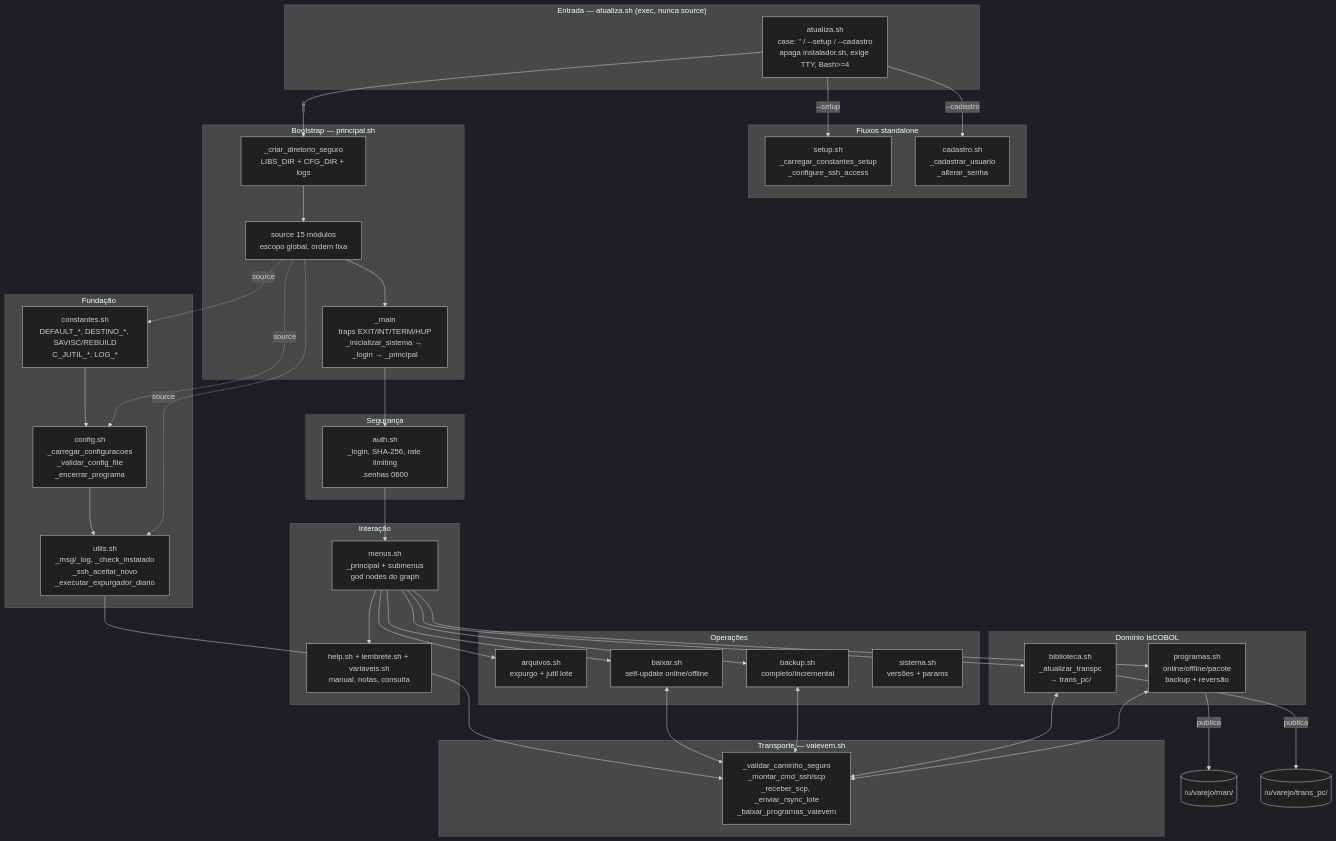
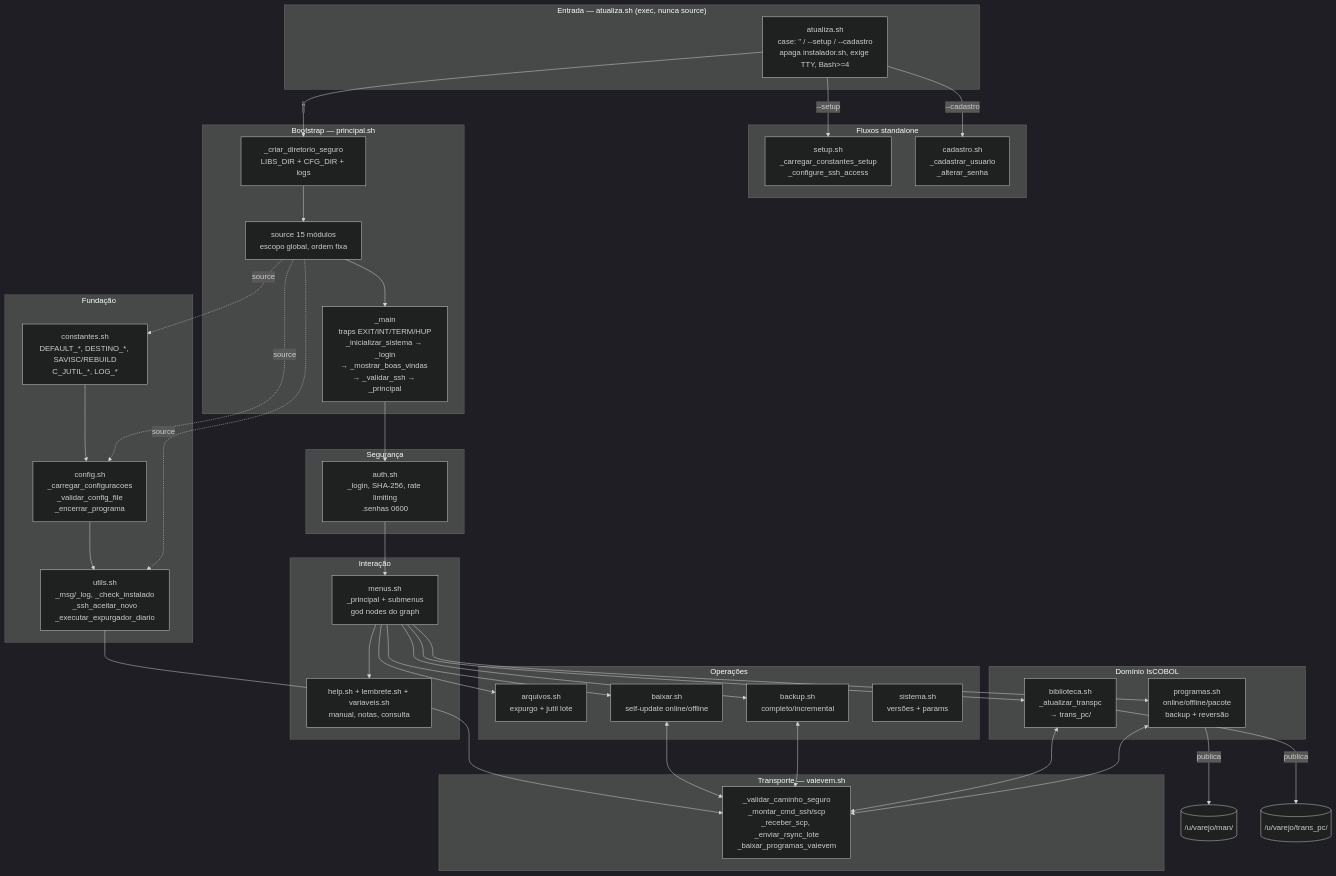
The diagram in ARCHITECTURE.md (Luizaugusto1962/Atualiza), drawn with Mermaid (dark theme) before and after one commit. The commit also changed other lines of this file and 2 other files, not shown here.

Commit message:
fix: atualiza a versão do sistema e reorganiza a sequência de login para incluir tela de boas-vindas

````diff
--- a/ARCHITECTURE.md
+++ b/ARCHITECTURE.md
@@ -93,65 +94,65 @@
 ```mermaid
 flowchart TB
     subgraph Entry["Entrada — atualiza.sh (exec, nunca source)"]
         A[atualiza.sh<br/>case: '' / --setup / --cadastro<br/>apaga instalador.sh, exige TTY, Bash>=4]
     end
 
     subgraph Standalone["Fluxos standalone"]
         S[setup.sh<br/>_carregar_constantes_setup<br/>_configure_ssh_access]
         C[cadastro.sh<br/>_cadastrar_usuario<br/>_alterar_senha]
     end
 
     subgraph Bootstrap["Bootstrap — principal.sh"]
         P1[_criar_diretorio_seguro<br/>LIBS_DIR + CFG_DIR + logs]
         P2[source 15 módulos<br/>escopo global, ordem fixa]
-        P3[_main<br/>traps EXIT/INT/TERM/HUP<br/>_inicializar_sistema → _login → _principal]
+        P3[_main<br/>traps EXIT/INT/TERM/HUP<br/>_inicializar_sistema → _login<br/>→ _mostrar_boas_vindas → _validar_ssh → _principal]
     end
 
     subgraph Fundacao["Fundação"]
         K[constantes.sh<br/>DEFAULT_*, DESTINO_*, SAVISC/REBUILD<br/>C_JUTIL_*, LOG_*]
         CFG[config.sh<br/>_carregar_configuracoes<br/>_validar_config_file<br/>_encerrar_programa]
         U[utils.sh<br/>_msg/_log, _check_instalado<br/>_ssh_aceitar_novo<br/>_executar_expurgador_diario]
     end
 
     subgraph Seguranca["Segurança"]
         AUTH[auth.sh<br/>_login, SHA-256, rate limiting<br/>.senhas 0600]
     end
 
     subgraph Transporte["Transporte — vaievem.sh"]
         V[_validar_caminho_seguro<br/>_montar_cmd_ssh/scp<br/>_receber_scp, _enviar_rsync_lote<br/>_baixar_programas_vaievem]
     end
 
     subgraph Dominio["Domínio IsCOBOL"]
         PRG[programas.sh<br/>online/offline/pacote<br/>backup + reversão]
         BIB[biblioteca.sh<br/>_atualizar_transpc<br/>→ trans_pc/]
     end
 
     subgraph Ops["Operações"]
         ARQ[arquivos.sh<br/>expurgo + jutil lote]
         BKP[backup.sh<br/>completo/incremental]
         BX[baixar.sh<br/>self-update online/offline]
         SIS[sistema.sh<br/>versões + params]
     end
 
     subgraph UI["Interação"]
         M[menus.sh<br/>_principal + submenus<br/>god nodes do graph]
         H[help.sh + lembrete.sh + variaveis.sh<br/>manual, notas, consulta]
     end
 
     A -->|"''"| P1
     A -->|"--setup"| S
     A -->|"--cadastro"| C
     P1 --> P2 --> P3
     P2 -. source .-> K
     P2 -. source .-> CFG
     P2 -. source .-> U
     P3 --> AUTH --> M
     M --> PRG & BIB & BKP & ARQ & BX & H
     PRG <--> V
     BIB <--> V
     BKP <--> V
     BX <--> V
     PRG -->|publica| DEST1[(/u/varejo/man/)]
     BIB -->|publica| DEST2[(/u/varejo/trans_pc/)]
     K --> CFG --> U --> V
 ```
````
